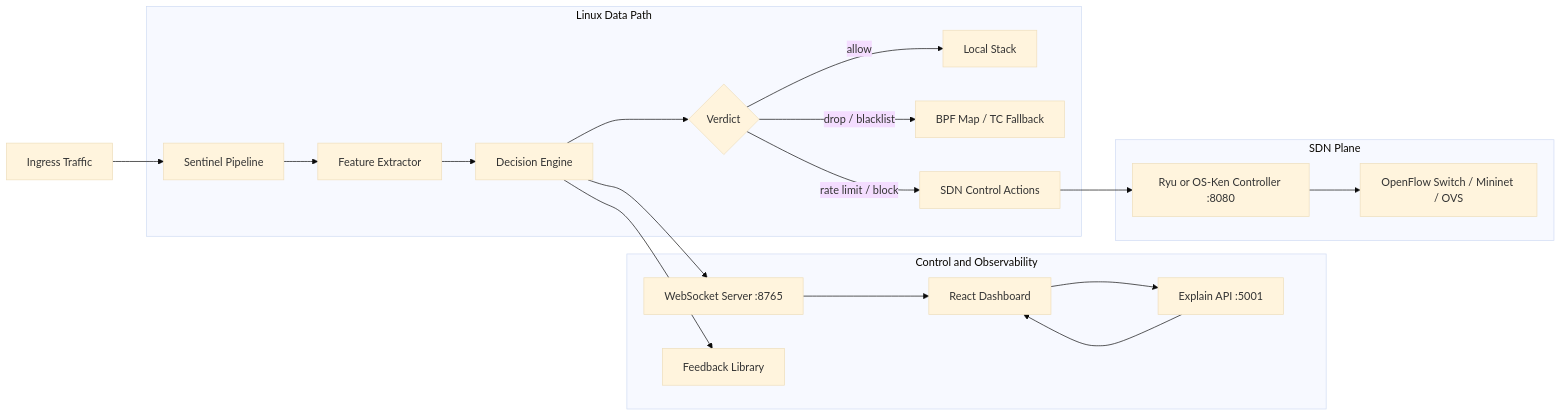
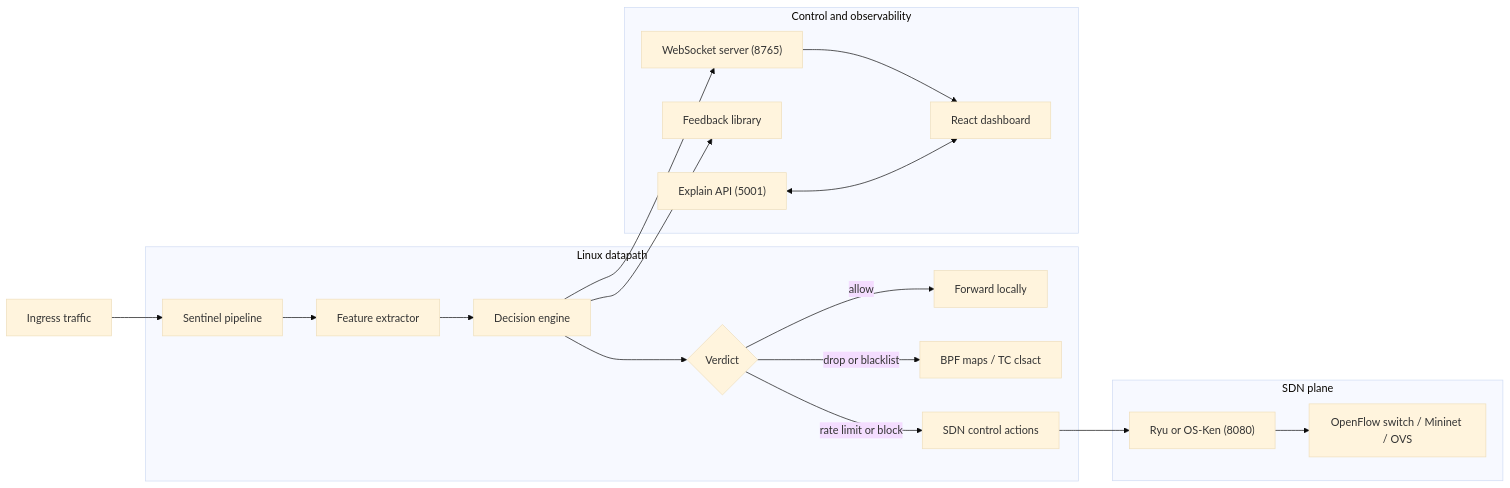
One commit to navneetxdd/Sentinel-DDoS-Mitigation-System changed the diagram in README.md. Above: the diagram before and after it, drawn with Mermaid (base theme). The commit also changed other lines of this file and 26 other files, not shown here.

First line of the commit message:
Telemetry batching, detection tuning, dashboard fixes, README and architecture diagram

````diff
--- a/README.md
+++ b/README.md
@@ -47,26 +49,25 @@
 ```mermaid
 flowchart LR
-    A[Ingress Traffic] --> B[Sentinel Pipeline]
+  ingress[Ingress traffic] --> pipeline[Sentinel pipeline]
 
-    subgraph Linux Data Path
-        B --> C[Feature Extractor]
-        C --> D[Decision Engine]
-        D --> E{Verdict}
-        E -->|allow| F[Local Stack]
-        E -->|drop / blacklist| G[BPF Map / TC Fallback]
-        E -->|rate limit / block| H[SDN Control Actions]
-    end
+  subgraph linux_dp ["Linux datapath"]
+    pipeline --> fe[Feature extractor]
+    fe --> de[Decision engine]
+    de --> verdict{Verdict}
+    verdict -->|allow| forward[Forward locally]
+    verdict -->|drop or blacklist| bpf[BPF maps / TC clsact]
+    verdict -->|rate limit or block| sdn_cmd[SDN control actions]
+  end
 
-    subgraph Control and Observability
-        D --> I[WebSocket Server :8765]
-        I --> J[React Dashboard]
-        D --> K[Feedback Library]
-        L[Explain API :5001] --> J
-        J --> L
-    end
+  subgraph obs ["Control and observability"]
+    de --> ws["WebSocket server (8765)"]
+    ws --> dash[React dashboard]
+    de --> fb[Feedback library]
+    xapi["Explain API (5001)"] <--> dash
+  end
 
-    subgraph SDN Plane
-        H --> M[Ryu or OS-Ken Controller :8080]
-        M --> N[OpenFlow Switch / Mininet / OVS]
-    end
+  subgraph sdn ["SDN plane"]
+    sdn_cmd --> ctrl["Ryu or OS-Ken (8080)"]
+    ctrl --> sw[OpenFlow switch / Mininet / OVS]
+  end
 ```
````
